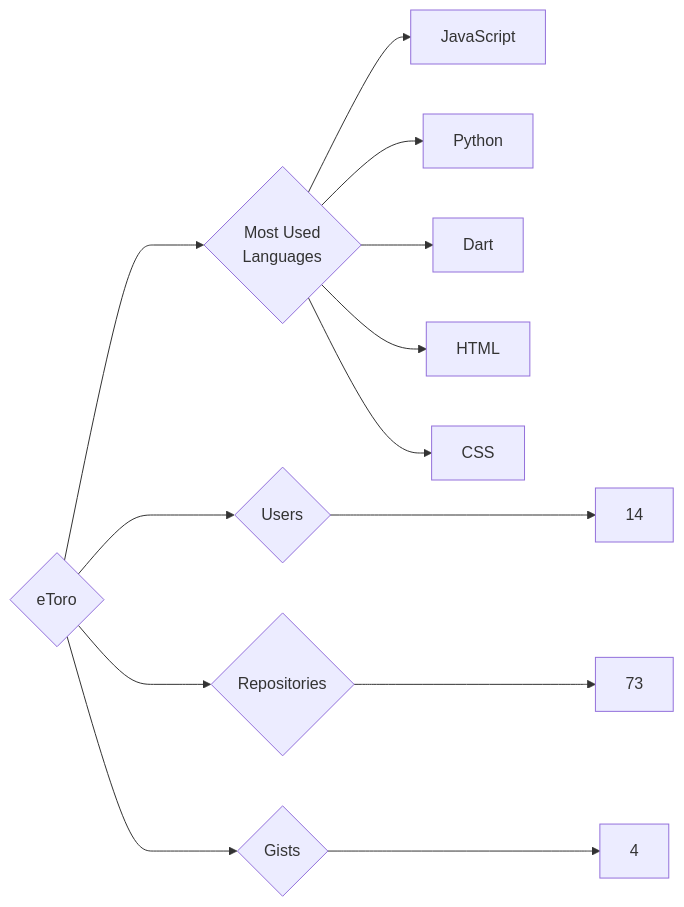
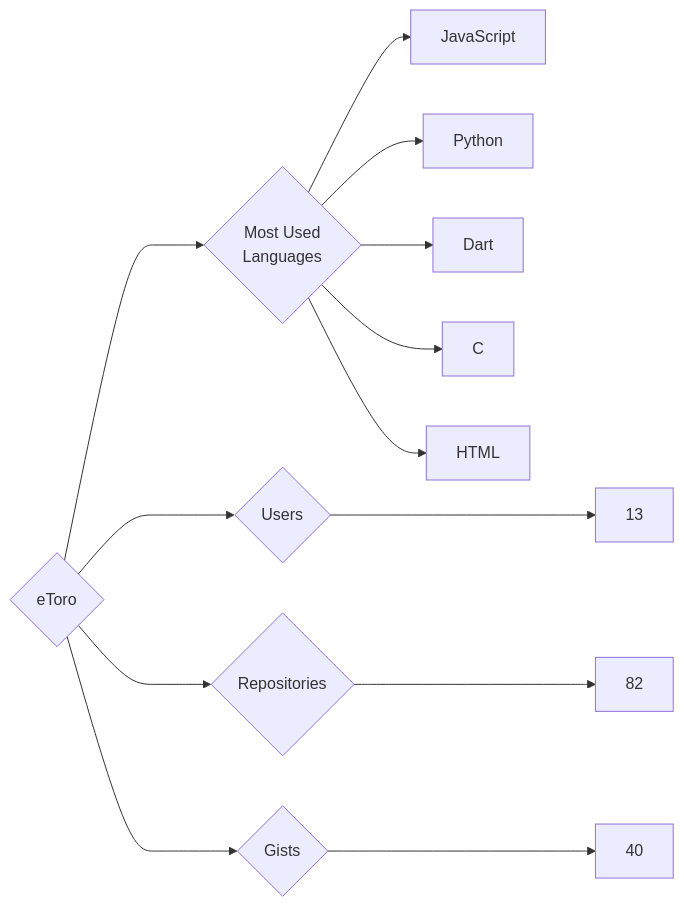
Before and after one commit to trickest/insiders: the diagram in targets/eToro/README.md, drawn with Mermaid. The commit also changed 851 other files, not shown here.

````diff
--- a/targets/eToro/README.md
+++ b/targets/eToro/README.md
@@ -3,13 +3,13 @@
 ```mermaid
 graph LR
 COMPANY_NAME{eToro}
-COMPANY_NAME ---> U{Users} ---> UN[14]
-COMPANY_NAME ---> R{Repositories} ---> RN[73]
-COMPANY_NAME ---> G{Gists} ---> GN[4]
+COMPANY_NAME ---> U{Users} ---> UN[13]
+COMPANY_NAME ---> R{Repositories} ---> RN[82]
+COMPANY_NAME ---> G{Gists} ---> GN[40]
 COMPANY_NAME ---> ML{Most Used<br>Languages}
 ML --> JavaScript[JavaScript]
 ML --> Python[Python]
 ML --> Dart[Dart]
+ML --> C[C]
 ML --> HTML[HTML]
-ML --> CSS[CSS]
 ```
````
